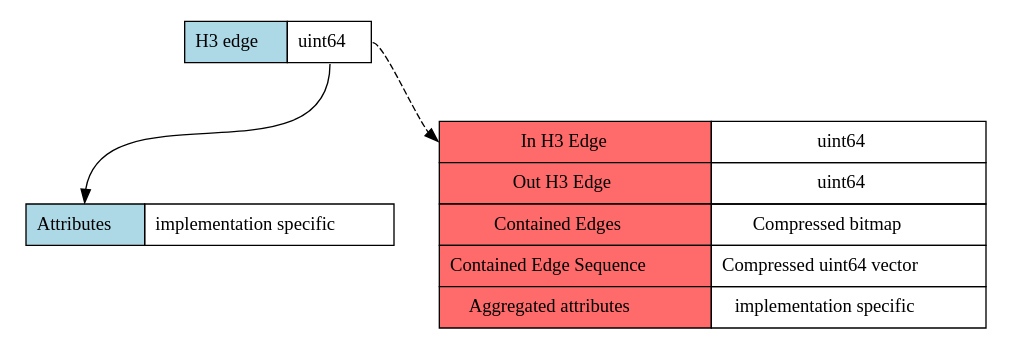
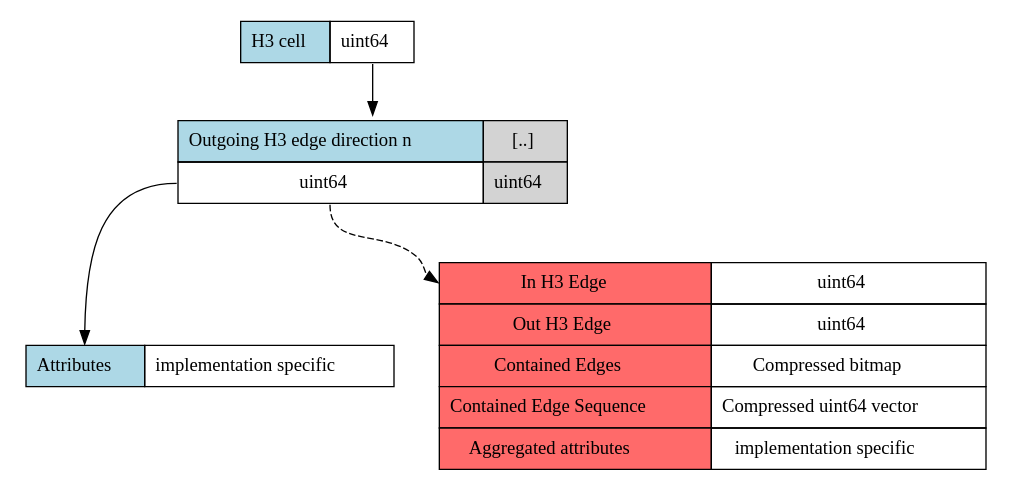
The diagram in h3ron-graph/doc/images/prepared_h3_edge_graph.dot (nmandery/h3ron), drawn with Graphviz before and after one commit. The commit also changed 2 other files, not shown here.

```diff
--- a/h3ron-graph/doc/images/prepared_h3_edge_graph.dot
+++ b/h3ron-graph/doc/images/prepared_h3_edge_graph.dot
@@ -1,42 +1,52 @@
 # renderer:
 #    without longedge: circo
 #    with longedge: dot
 
 digraph {
 
+  "h3cell" [
+shape=plaintext,
+   label=<
+     <table border="0" cellborder="1" cellspacing="0" cellpadding="7">
+       <tr><td bgcolor="lightblue">H3 cell</td><td port="p">uint64</td></tr>
+     </table>>
+  ];
+
+
 
   "h3edge" [
 shape=plaintext,
    label=<
      <table border="0" cellborder="1" cellspacing="0" cellpadding="7">
-       <tr><td bgcolor="lightblue">H3 edge</td><td port="p">uint64</td></tr>
+       <tr><td bgcolor="lightblue">Outgoing H3 edge direction n</td><td bgcolor="lightgray">[..]</td></tr>
+       <tr><td port="p_n">uint64</td><td bgcolor="lightgray" port="p3">uint64</td></tr>
      </table>>
   ];
 
-  "attributes" [
+
+  "attributes_n" [
 shape=plaintext,
    label=<
      <table border="0" cellborder="1" cellspacing="0" cellpadding="7">
        <tr><td bgcolor="lightblue" port="p">Attributes</td><td>implementation specific</td></tr>
      </table>>
   ];
 
 
-  "longedge" [
+  "longedge_n" [
 shape=plaintext,
    label=<
      <table border="0" cellborder="1" cellspacing="0" cellpadding="7">
         <tr><td bgcolor="indianred1" port="p">In H3 Edge</td><td>uint64</td></tr>
         <tr><td bgcolor="indianred1" port="p">Out H3 Edge</td><td>uint64</td></tr>
-
         <tr><td bgcolor="indianred1" port="p">Contained Edges</td><td>Compressed bitmap</td></tr>
         <tr><td bgcolor="indianred1" port="p">Contained Edge Sequence</td><td>Compressed uint64 vector</td></tr>
         <tr><td bgcolor="indianred1" port="p">Aggregated attributes</td><td>implementation specific</td></tr>
      </table>>
   ];
 
 
-
-    h3edge:p -> attributes:p;
-    h3edge:p -> longedge:p [style=dashed];
+  h3cell:p -> h3edge;
+  h3edge:p_n -> attributes_n:p;
+  h3edge:p_n -> longedge_n:p [style=dashed];
 }
```
